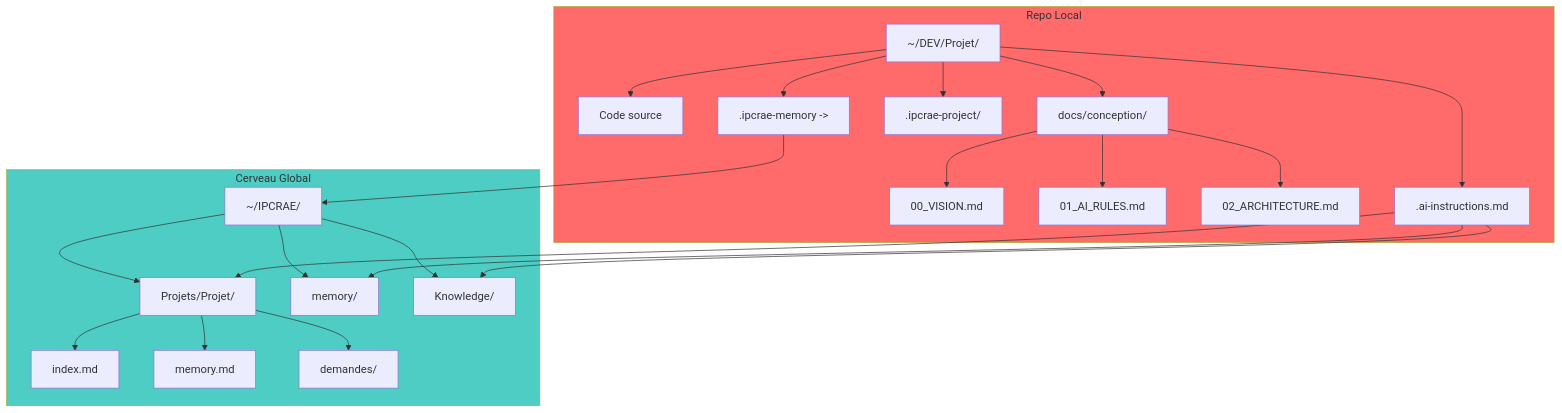
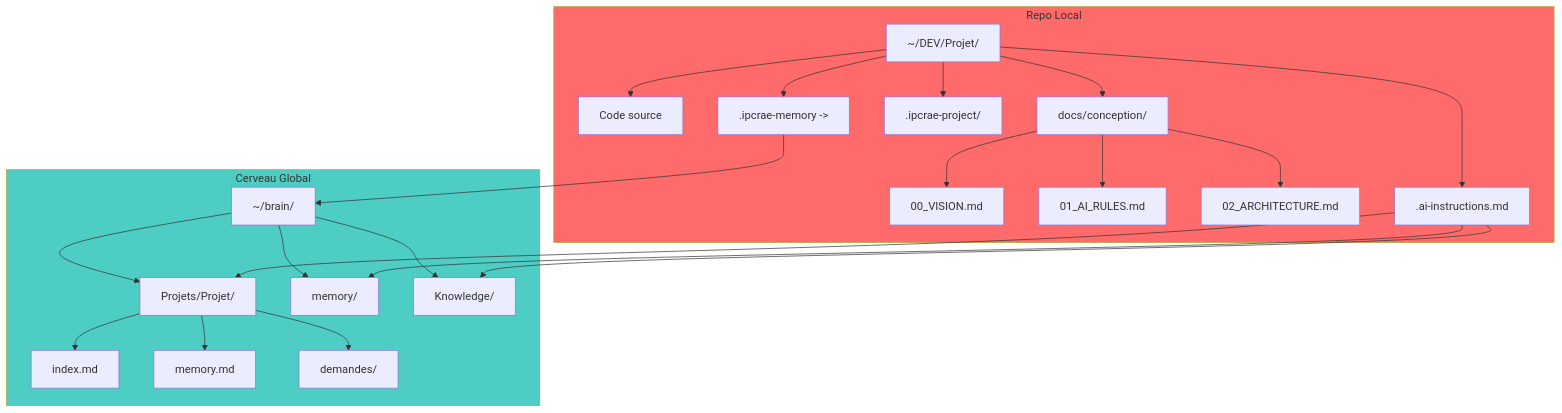
One commit to vieurou/IPCRAE changed diagram 18 of 23 in docs/conception/15_METHODE_IPCRAE_VULGARISEE.md. Above: the diagram before and after it, drawn with Mermaid. The commit also changed other lines of this file and 37 other files, not shown here.

````diff
--- a/docs/conception/15_METHODE_IPCRAE_VULGARISEE.md
+++ b/docs/conception/15_METHODE_IPCRAE_VULGARISEE.md
@@ -883,33 +883,33 @@
 ```mermaid
 graph TB
     subgraph Local["Repo Local"]
         LOCAL[~/DEV/Projet/]
         LOCAL --> CODE[Code source]
         LOCAL --> DOCS[docs/conception/]
         DOCS --> V1[00_VISION.md]
         DOCS --> V2[01_AI_RULES.md]
         DOCS --> V3[02_ARCHITECTURE.md]
         LOCAL --> LOCAL_PROJ[.ipcrae-project/]
         LOCAL --> SYMLINK[.ipcrae-memory ->]
         LOCAL --> AI[.ai-instructions.md]
     end
     
     subgraph Brain["Cerveau Global"]
-        BRAIN[~/IPCRAE/]
+        BRAIN[~/brain/]
         BRAIN --> HUB[Projets/Projet/]
         HUB --> HUB_INDEX[index.md]
         HUB --> HUB_MEM[memory.md]
         HUB --> HUB_DEM[demandes/]
         BRAIN --> GLOBAL_MEM[memory/]
         BRAIN --> KNOW[Knowledge/]
     end
     
     SYMLINK --> BRAIN
     
     AI --> GLOBAL_MEM
     AI --> HUB
     AI --> KNOW
     
     style Local fill:#ff6b6b
     style Brain fill:#4ecdc4
 ```
````
